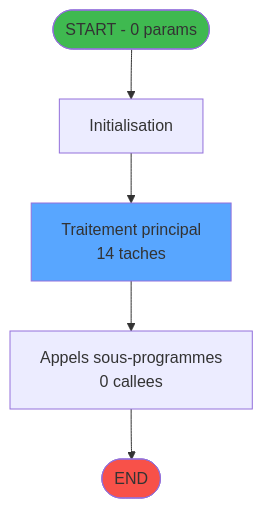
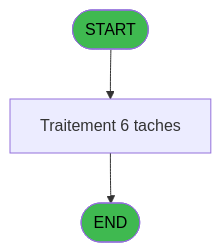
The first of 3 diagrams in .openspec/specs/ADH-IDE-171.md (thonyAGP/magic-migration), drawn with Mermaid before and after one commit. The commit also changed other lines of this file and 311 other files, not shown here.

````diff
--- a/.openspec/specs/ADH-IDE-171.md
+++ b/.openspec/specs/ADH-IDE-171.md
@@ -89,14 +169,9 @@
 ```mermaid
 flowchart TD
-    START([START - 0 params])
-    INIT["Initialisation"]
-    PROCESS["Traitement principal<br/>14 taches"]
-    CALLS["Appels sous-programmes<br/>0 callees"]
+    START([START])
+    PROCESS[Traitement 6 taches]
     ENDOK([END])
-
-    START --> INIT --> PROCESS --> CALLS --> ENDOK
-
-    style START fill:#3fb950
-    style ENDOK fill:#f85149
-    style PROCESS fill:#58a6ff
+    START --> PROCESS --> ENDOK
+    style START fill:#3fb950,color:#000
+    style ENDOK fill:#3fb950,color:#000
 ```
````
